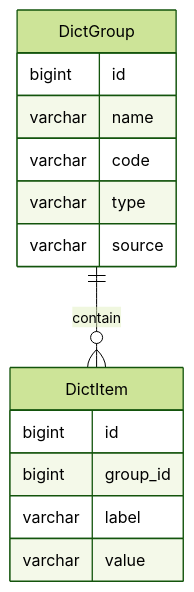
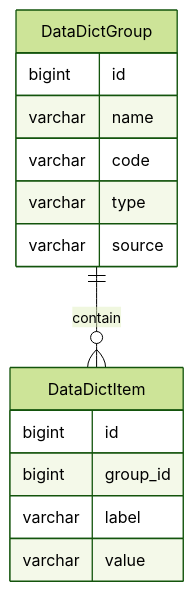
Before and after one commit to mrzhqiang/hellgate: the diagram in docs/common/1.data-dict.md, drawn with Mermaid (forest theme). The commit also changed other lines of this file and 3 other files, not shown here.

````diff
--- a/docs/common/1.data-dict.md
+++ b/docs/common/1.data-dict.md
@@ -12,17 +12,17 @@
 ```mermaid
 erDiagram
-    DictGroup ||--o{ DictItem : contain
-    DictGroup {
+    DataDictGroup ||--o{ DataDictItem : contain
+    DataDictGroup {
         bigint id
         varchar name
         varchar code
         varchar type
         varchar source
     }
-    DictItem {
+    DataDictItem {
         bigint id
         bigint group_id
         varchar label
         varchar value
     }
 ```
````
